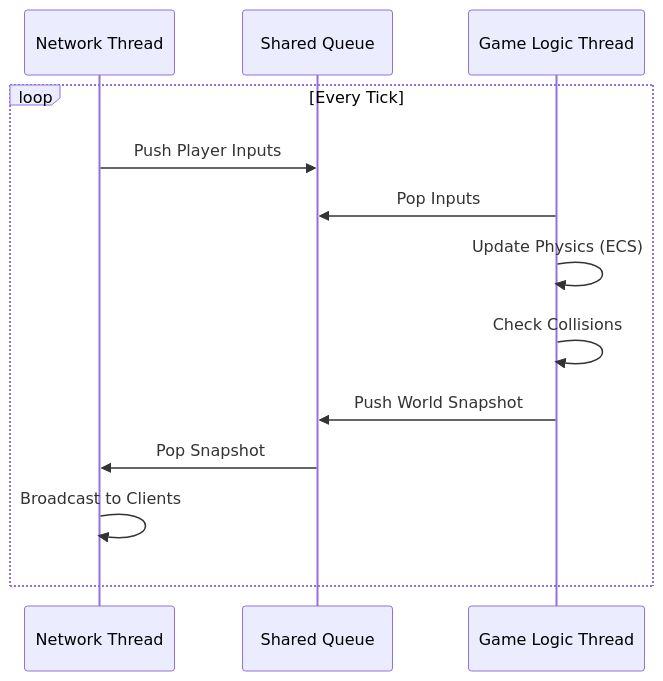
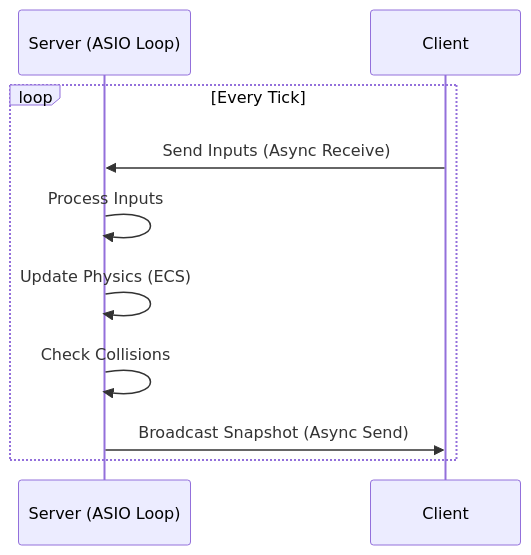
One commit to MatthieuGA/R_TYPE_J.A.M.E.S. changed the third of 4 diagrams in docs/docs/architecture.md. Above: the diagram before and after it, drawn with Mermaid. The commit also changed other lines of this file, not shown here.

First line of the commit message:
📝 [Docs] Refactors server architecture documentation

````diff
--- a/docs/docs/architecture.md
+++ b/docs/docs/architecture.md
@@ -111,16 +109,13 @@
 ```mermaid
 sequenceDiagram
-    participant Net as Network Thread
-    participant Queue as Shared Queue
-    participant Game as Game Logic Thread
+    participant Server as Server (ASIO Loop)
+    participant Client
 
     loop Every Tick
-        Net->>Queue: Push Player Inputs
-        Game->>Queue: Pop Inputs
-        Game->>Game: Update Physics (ECS)
-        Game->>Game: Check Collisions
-        Game->>Queue: Push World Snapshot
-        Queue->>Net: Pop Snapshot
-        Net->>Net: Broadcast to Clients
+        Client->>Server: Send Inputs (Async Receive)
+        Server->>Server: Process Inputs
+        Server->>Server: Update Physics (ECS)
+        Server->>Server: Check Collisions
+        Server->>Client: Broadcast Snapshot (Async Send)
     end
 ```
````
